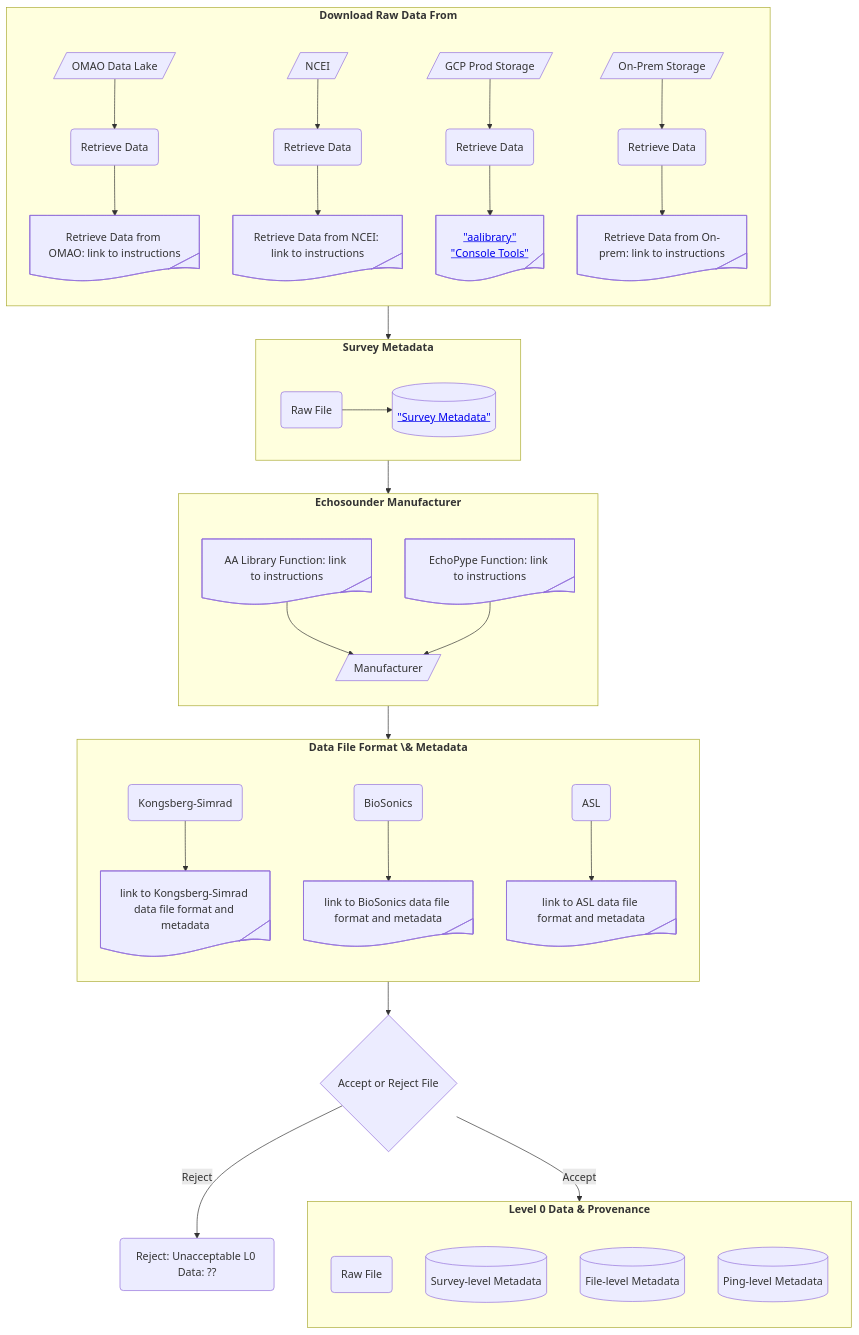
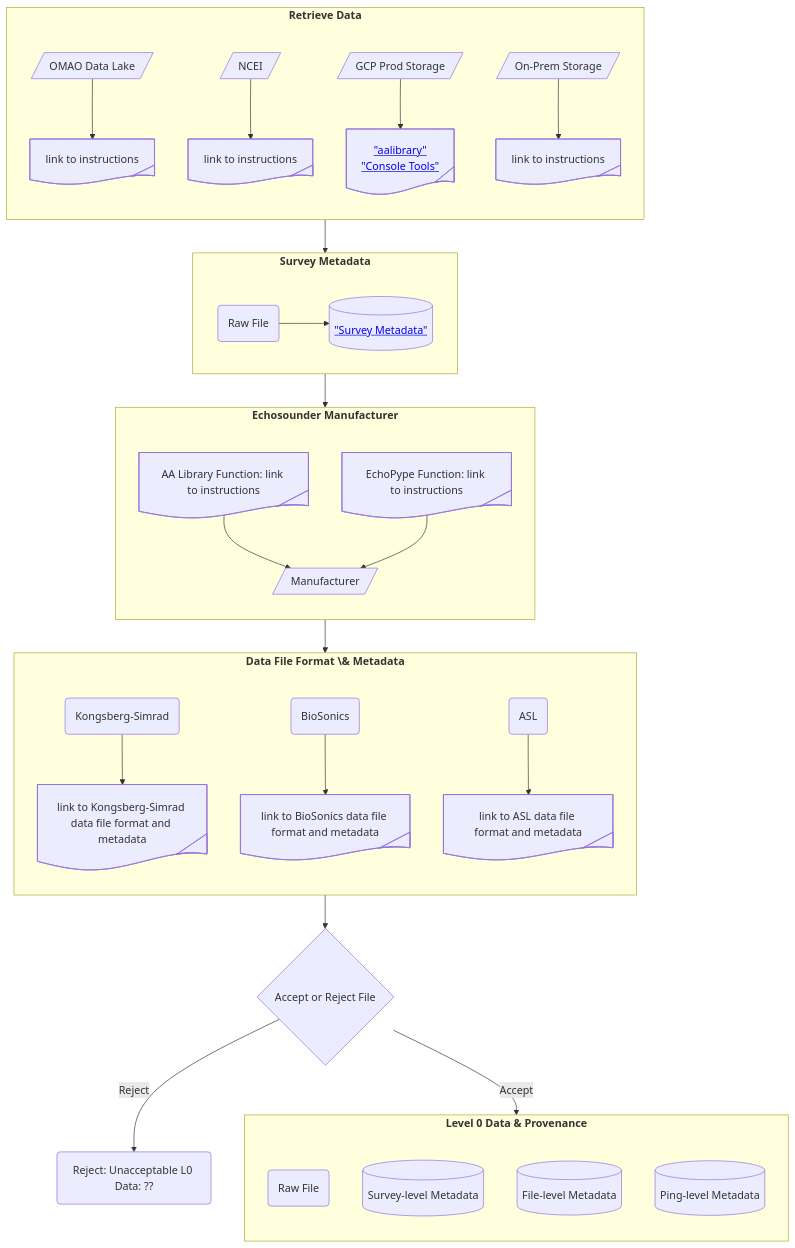
Before and after one commit to nmfs-ost/AA-SI_DataRoadMap: the second of 5 diagrams in README.md, drawn with Mermaid.

Commit message:
Update flowchart labels in README.md

````diff
--- a/README.md
+++ b/README.md
@@ -99,45 +99,45 @@
 ```mermaid
 ---
 config:
     flowchart:
         subGraphTitleMargin:
             "bottom": 30
 ---
 flowchart TB
-    subgraph SG_L0_DataSource["<b>Download Raw Data From</b>"]
+    subgraph SG_L0_DataSource["<b>Retrieve Data</b>"]
         direction TB
-        node_L0_SrcOMAO@{shape: lean-r, label: "OMAO Data Lake"} --> node_L0_RTROMAO@{ shape: rounded, label: "Retrieve Data" } --> node_L0_OMAO@{ shape: tag-doc, label: "Retrieve Data from OMAO: link to instructions" }
-        node_L0_SrcNCEI@{shape: lean-r, label: "NCEI"} --> node_L0_RTRNCEI@{ shape: rounded, label: "Retrieve Data" } --> node_L0_NCEI@{ shape: tag-doc, label: "Retrieve Data from NCEI: link to instructions" }
-        node_L0_SrcGCP@{shape: lean-r, label: "GCP Prod Storage"} --> node_L0_RTRGCP@{ shape: rounded, label: "Retrieve Data" } --> node_L0_GCP@{ shape: tag-doc, label: <a href="https://nmfs-ost.github.io/AA-SI_aalibrary/documentation/aalibrary" target="_blank"> "aalibrary"</a><br> <a href="https://github.com/nmfs-ost/AA-SI_ConsoleTools" target="_blank"> "Console Tools" </a> }
-        node_L0_SrcOP@{shape: lean-r, label: "On-Prem Storage"} --> node_L0_RTROP@{ shape: rounded, label: "Retrieve Data" } --> node_L0_OP@{ shape: tag-doc, label: "Retrieve Data from On-prem: link to instructions" }
+        node_L0_SrcOMAO@{shape: lean-r, label: "OMAO Data Lake"} --> node_L0_OMAO@{ shape: tag-doc, label: "link to instructions" }
+        node_L0_SrcNCEI@{shape: lean-r, label: "NCEI"} --> node_L0_NCEI@{ shape: tag-doc, label: "link to instructions" }
+        node_L0_SrcGCP@{shape: lean-r, label: "GCP Prod Storage"} --> node_L0_GCP@{ shape: tag-doc, label: <a href="https://nmfs-ost.github.io/AA-SI_aalibrary/documentation/aalibrary" target="_blank"> "aalibrary"</a><br> <a href="https://github.com/nmfs-ost/AA-SI_ConsoleTools" target="_blank"> "Console Tools" </a> }
+        node_L0_SrcOP@{shape: lean-r, label: "On-Prem Storage"} --> node_L0_OP@{ shape: tag-doc, label: "link to instructions" }
         %%style node_SrcOMAO color:blue
     end
     subgraph SG_L0_SurveyMetaData["<b>Survey Metadata</b>"]
         direction LR
         node_L0_RF@{ shape: rounded, label: "Raw File" } --> node_L0_SMD@{ shape: database, label: <a href="https://console.cloud.google.com/bigquery?referrer=search&hl=en&invt=AbuwBQ&project=ggn-nmfs-aa-prod-1&rapt=AEjHL4OlTXzJnY9sYCgfXyE2O-JiDhka0a7L5x-wbqt9b1oGX4FYsSypa0yHTreTWIObb16IvbSrulruSRbU7J1RMJ_6Aw5owoIpWqU-wEbjaa8NZEvOt7A&ws=!1m6!1m5!4m3!1sggn-nmfs-aa-prod-1!2smetadata!3saalibrary_survey!23sTREE_NODE_SELECTION" target="_blank"> "Survey Metadata" </a> }
     end
     subgraph SG_L0_ESManufacturer["<b>Echosounder Manufacturer</b>"]
         direction TB
         node_L0_AL1@{shape: tag-doc, label: "AA Library Function: link to instructions"} --> node_L0_Man@{ shape: lean-r, label: "Manufacturer" }
         node_L0_AL2@{shape: tag-doc, label: "EchoPype Function: link to instructions"} --> node_L0_Man
     end
     subgraph SG_L0_ESMetaData["<b>Data File Format \& Metadata</b>"]
         direction TB
         node_L0_KS@{ shape: rounded, label: "Kongsberg-Simrad" } --> node_L0_KSMD@{ shape: tag-doc, label: "link to Kongsberg-Simrad data file format and metadata" }
         node_L0_BS@{ shape: rounded, label: "BioSonics" } --> node_L0_BSMD@{ shape: tag-doc, label: "link to BioSonics data file format and metadata" }
         node_L0_ASL@{ shape: rounded, label: "ASL" } --> node_L0_ASLMD@{ shape: tag-doc, label: "link to ASL data file format and metadata" }
     end
     subgraph SG_L0_Data["<b>Level 0 Data & Provenance</b>"]
         direction TB
         node_L0_RD@{ shape: rounded, label: "Raw File" }
         node_L0_SLMD@{ shape: database, label: "Survey-level Metadata" }
         node_L0_FLMD@{ shape: database, label: "File-level Metadata" }
         node_L0_PLMD@{ shape: database, label: "Ping-level Metadata" }
     end
     SG_L0_DataSource --> SG_L0_SurveyMetaData
     SG_L0_SurveyMetaData --> SG_L0_ESManufacturer
     SG_L0_ESManufacturer --> SG_L0_ESMetaData
     SG_L0_ESMetaData --> node_AcceptReject@{ shape: diamond, label: "Accept or Reject File" }
     node_AcceptReject --> |Accept| SG_L0_Data
     node_AcceptReject --> |Reject| node_Reject_L0@{ shape: rounded, label: "Reject: Unacceptable L0 Data: ??" }
 ```
````
